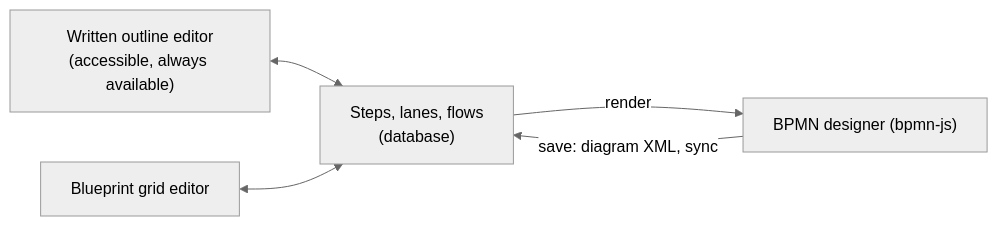
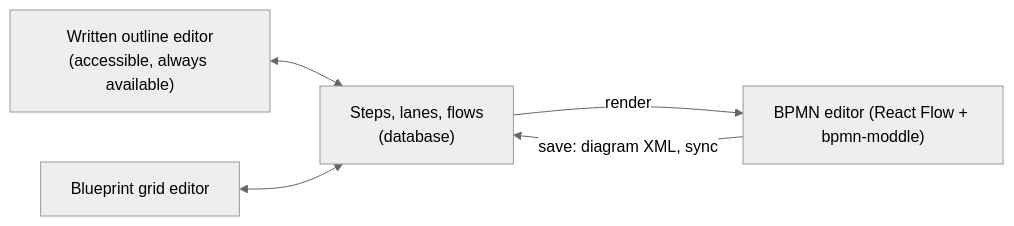
The third of 3 diagrams in docs/plans/module-16-workflow-capture-plan.md (ballardr/reqtrackmanager), drawn with Mermaid (neutral theme) before and after one commit. The commit also changed other lines of this file and 131 other files, not shown here.

````diff
--- a/docs/plans/module-16-workflow-capture-plan.md
+++ b/docs/plans/module-16-workflow-capture-plan.md
@@ -84,7 +101,7 @@
 ```mermaid
 flowchart LR
     OUT["Written outline editor<br/>(accessible, always available)"] <--> MODEL["Steps, lanes, flows<br/>(database)"]
-    BPMN["BPMN designer (bpmn-js)"] -- "save: diagram XML, sync" --> MODEL
+    BPMN["BPMN editor (React Flow + bpmn-moddle)"] -- "save: diagram XML, sync" --> MODEL
     MODEL -- "render" --> BPMN
     GRID["Blueprint grid editor"] <--> MODEL
 ```
````
